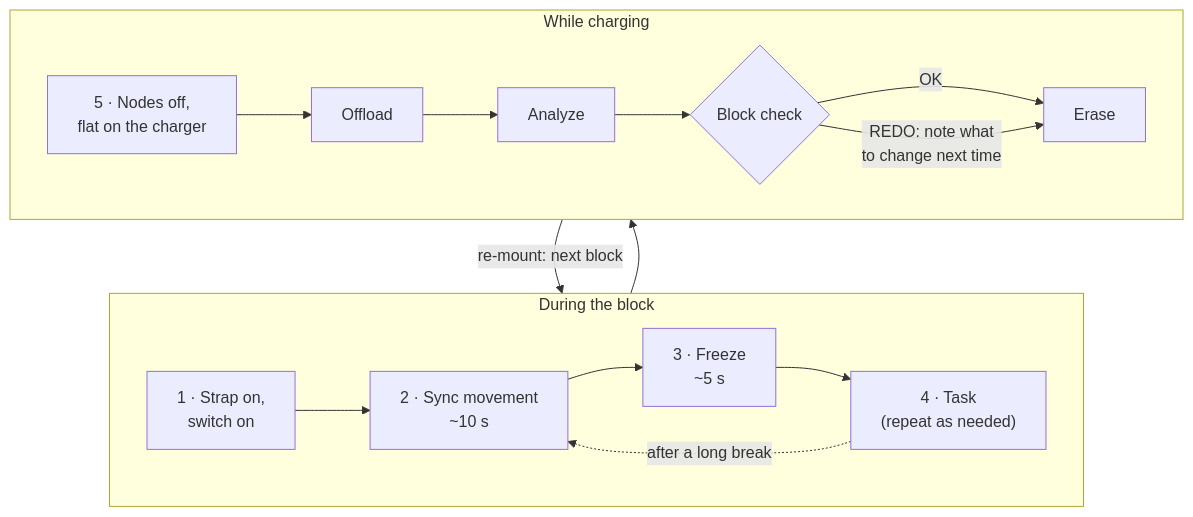
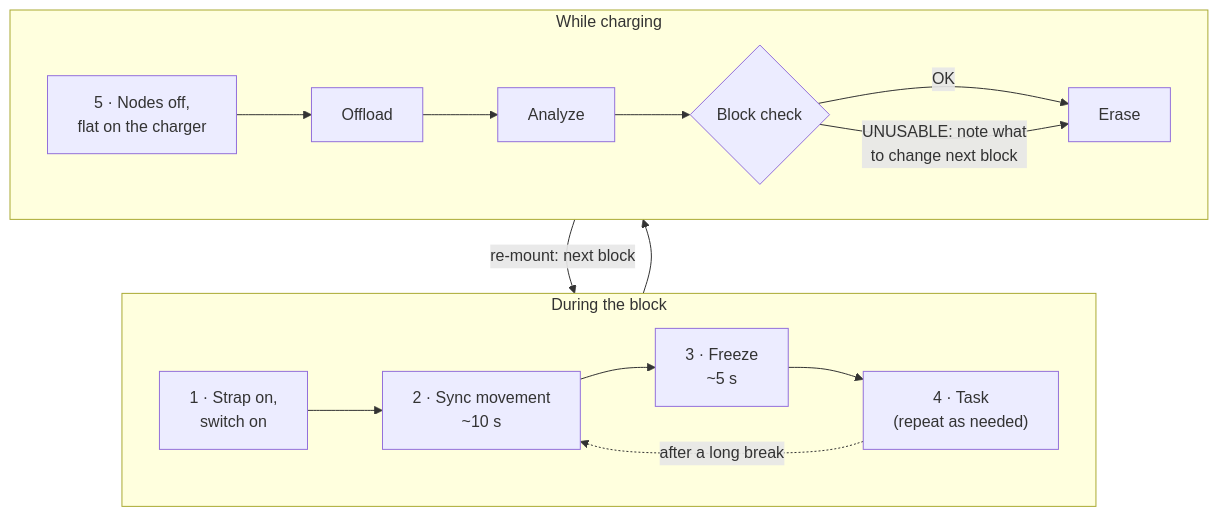
The second of 3 diagrams in docs/SOP.md (Jamie215/HULC_motionshirt), drawn with Mermaid before and after one commit. The commit also changed other lines of this file and 5 other files, not shown here.

First line of the commit message:
Block check: rename REDO to UNUSABLE

````diff
--- a/docs/SOP.md
+++ b/docs/SOP.md
@@ -372,16 +373,16 @@
 ```mermaid
 flowchart TB
     subgraph B["During the block"]
         direction LR
         S["1 · Strap on,<br/>switch on"] --> Y["2 · Sync movement<br/>~10 s"] --> F["3 · Freeze<br/>~5 s"] --> T["4 · Task<br/>(repeat as needed)"]
         T -. "after a long break" .-> Y
     end
     subgraph CH["While charging"]
         direction LR
         O["5 · Nodes off,<br/>flat on the charger"] --> OF["Offload"] --> A["Analyze"] --> C{"Block check"}
         C -- OK --> E["Erase"]
-        C -- "REDO: note what<br/>to change next time" --> E
+        C -- "UNUSABLE: note what<br/>to change next block" --> E
     end
     T --> O
     E -- "re-mount: next block" --> S
 ```
````
